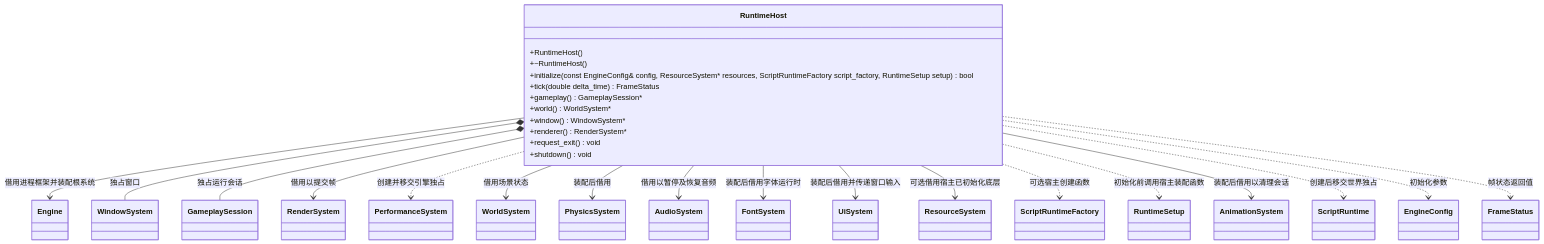
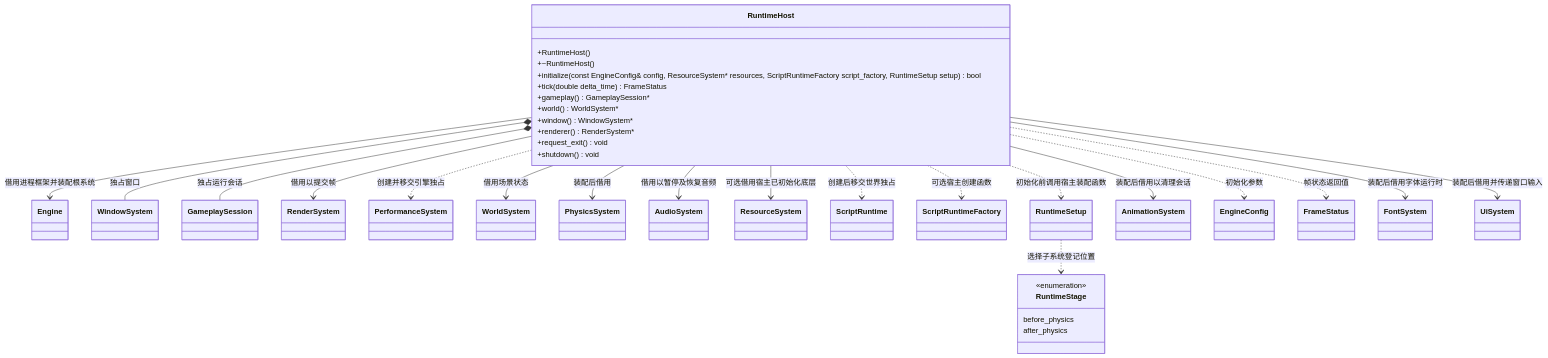
One commit to lcals/Engine changed the first of 2 diagrams in docs/runtime/class-diagrams/runtime-host.md. Above: the diagram before and after it, drawn with Mermaid. The commit also changed other lines of this file and 65 other files, not shown here.

````diff
--- a/docs/runtime/class-diagrams/runtime-host.md
+++ b/docs/runtime/class-diagrams/runtime-host.md
@@ -5,48 +5,54 @@
 ```mermaid
 classDiagram
     direction TB
     class RuntimeHost {
         +RuntimeHost()
         +~RuntimeHost()
         +initialize(const EngineConfig& config, ResourceSystem#42; resources, ScriptRuntimeFactory script_factory, RuntimeSetup setup) bool
         +tick(double delta_time) FrameStatus
         +gameplay() GameplaySession#42;
         +world() WorldSystem#42;
         +window() WindowSystem#42;
         +renderer() RenderSystem#42;
         +request_exit() void
         +shutdown() void
     }
     class Engine
     class WindowSystem
     class GameplaySession
     class RenderSystem
     class PerformanceSystem
     class WorldSystem
     class PhysicsSystem
     class AudioSystem
     class ResourceSystem
     class ScriptRuntime
     class ScriptRuntimeFactory
     class RuntimeSetup
+    class RuntimeStage {
+        <<enumeration>>
+        before_physics
+        after_physics
+    }
     class AnimationSystem
     class EngineConfig
     class FrameStatus
     RuntimeHost --> Engine : 借用进程框架并装配根系统
     RuntimeHost *-- WindowSystem : 独占窗口
     RuntimeHost *-- GameplaySession : 独占运行会话
     RuntimeHost --> RenderSystem : 借用以提交帧
     RuntimeHost ..> PerformanceSystem : 创建并移交引擎独占
     RuntimeHost --> WorldSystem : 借用场景状态
     RuntimeHost --> PhysicsSystem : 装配后借用
     RuntimeHost --> AudioSystem : 借用以暂停及恢复音频
     RuntimeHost --> FontSystem : 装配后借用字体运行时
     RuntimeHost --> UiSystem : 装配后借用并传递窗口输入
     RuntimeHost --> ResourceSystem : 可选借用宿主已初始化底层
     RuntimeHost ..> ScriptRuntimeFactory : 可选宿主创建函数
     RuntimeHost ..> RuntimeSetup : 初始化前调用宿主装配函数
+    RuntimeSetup ..> RuntimeStage : 选择子系统登记位置
     RuntimeHost --> AnimationSystem : 装配后借用以清理会话
     RuntimeHost ..> ScriptRuntime : 创建后移交世界独占
     RuntimeHost ..> EngineConfig : 初始化参数
     RuntimeHost ..> FrameStatus : 帧状态返回值
 ```
````
